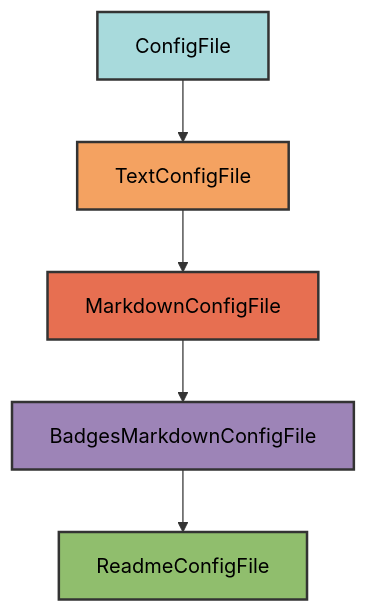
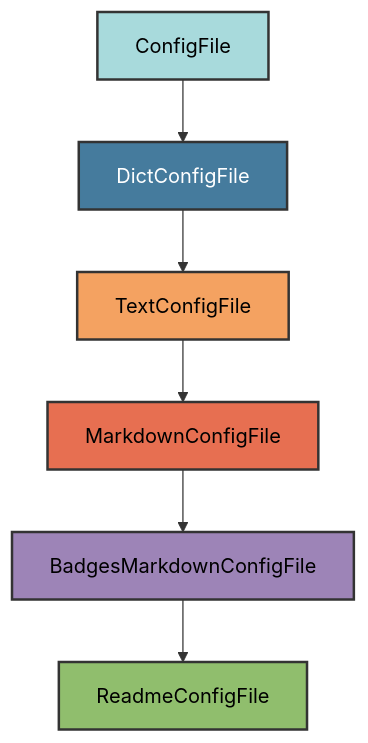
Before and after one commit to Winipedia/pyrig: the diagram in docs/configs/readme_md.md, drawn with Mermaid. The commit also changed other lines of this file and 21 other files, not shown here.

````diff
--- a/docs/configs/readme_md.md
+++ b/docs/configs/readme_md.md
@@ -20,13 +20,15 @@
 ```mermaid
 graph TD
-    A[ConfigFile] --> B[TextConfigFile]
-    B --> C[MarkdownConfigFile]
-    C --> D[BadgesMarkdownConfigFile]
-    D --> E[ReadmeConfigFile]
+    A[ConfigFile] --> B[DictConfigFile]
+    B --> C[TextConfigFile]
+    C --> D[MarkdownConfigFile]
+    D --> E[BadgesMarkdownConfigFile]
+    E --> F[ReadmeConfigFile]
 
     style A fill:#a8dadc,stroke:#333,stroke-width:2px,color:#000
-    style B fill:#f4a261,stroke:#333,stroke-width:2px,color:#000
-    style C fill:#e76f51,stroke:#333,stroke-width:2px,color:#000
-    style D fill:#9d84b7,stroke:#333,stroke-width:2px,color:#000
-    style E fill:#90be6d,stroke:#333,stroke-width:2px,color:#000
+    style B fill:#457b9d,stroke:#333,stroke-width:2px,color:#fff
+    style C fill:#f4a261,stroke:#333,stroke-width:2px,color:#000
+    style D fill:#e76f51,stroke:#333,stroke-width:2px,color:#000
+    style E fill:#9d84b7,stroke:#333,stroke-width:2px,color:#000
+    style F fill:#90be6d,stroke:#333,stroke-width:2px,color:#000
 ```
````
